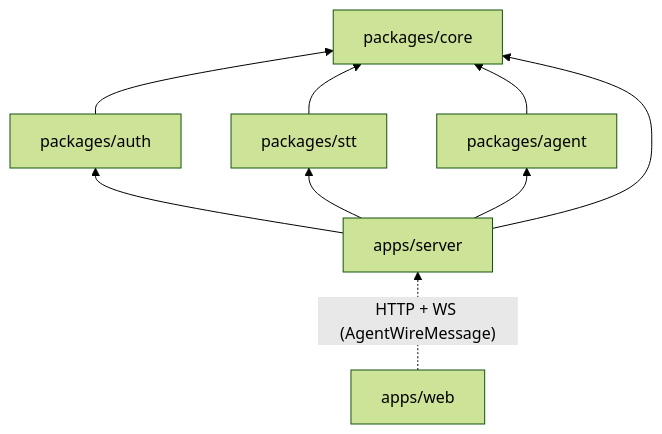
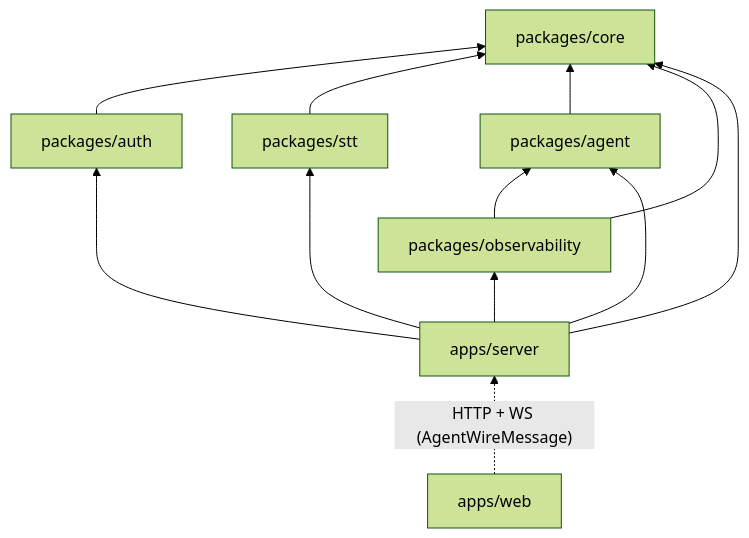
Before and after one commit to jhenley1219/axel: the fifth of 7 diagrams in docs/architecture.md, drawn with Mermaid (forest theme). The commit also changed other lines of this file and 64 other files, not shown here.

````diff
--- a/docs/architecture.md
+++ b/docs/architecture.md
@@ -100,18 +100,22 @@
 ```mermaid
 flowchart BT
     core[packages/core]
     auth[packages/auth]
     stt[packages/stt]
     agent[packages/agent]
+    obs[packages/observability]
     server[apps/server]
     web[apps/web]
 
     auth --> core
     stt --> core
     agent --> core
+    obs --> core
+    obs --> agent
     server --> core
     server --> auth
     server --> stt
     server --> agent
+    server --> obs
     web -. "HTTP + WS (AgentWireMessage)" .-> server
 ```
````
